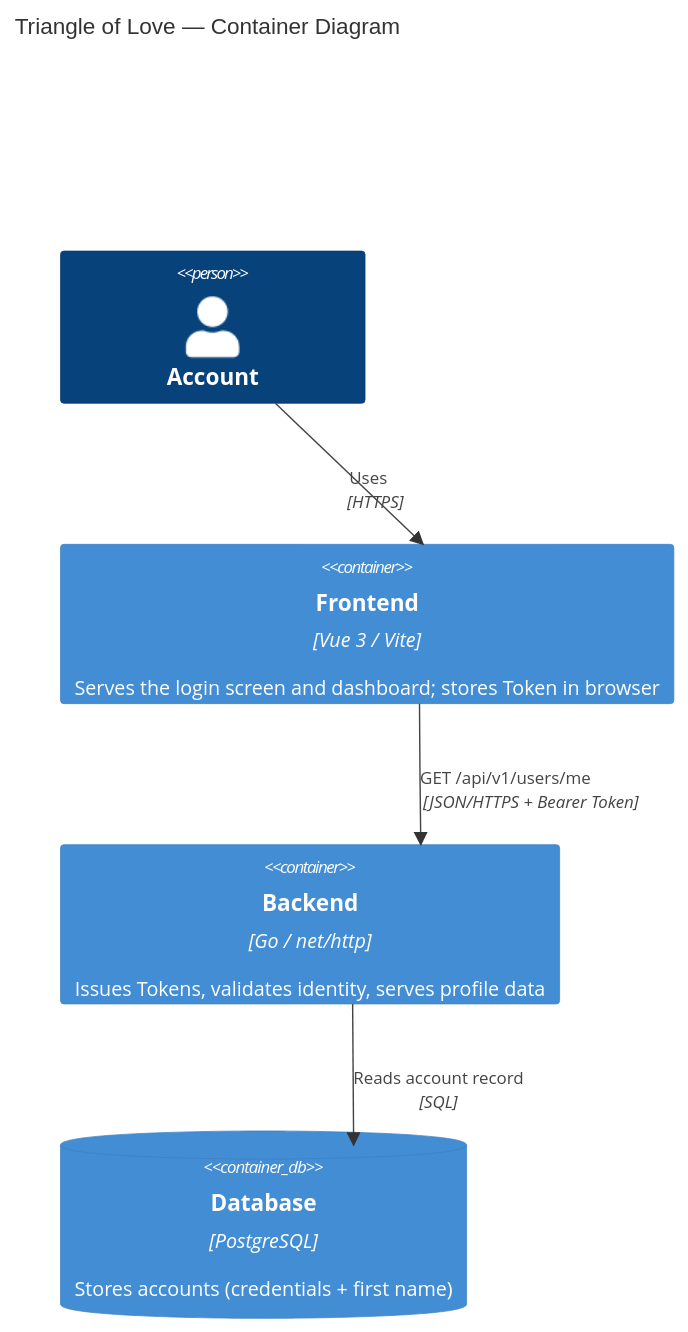
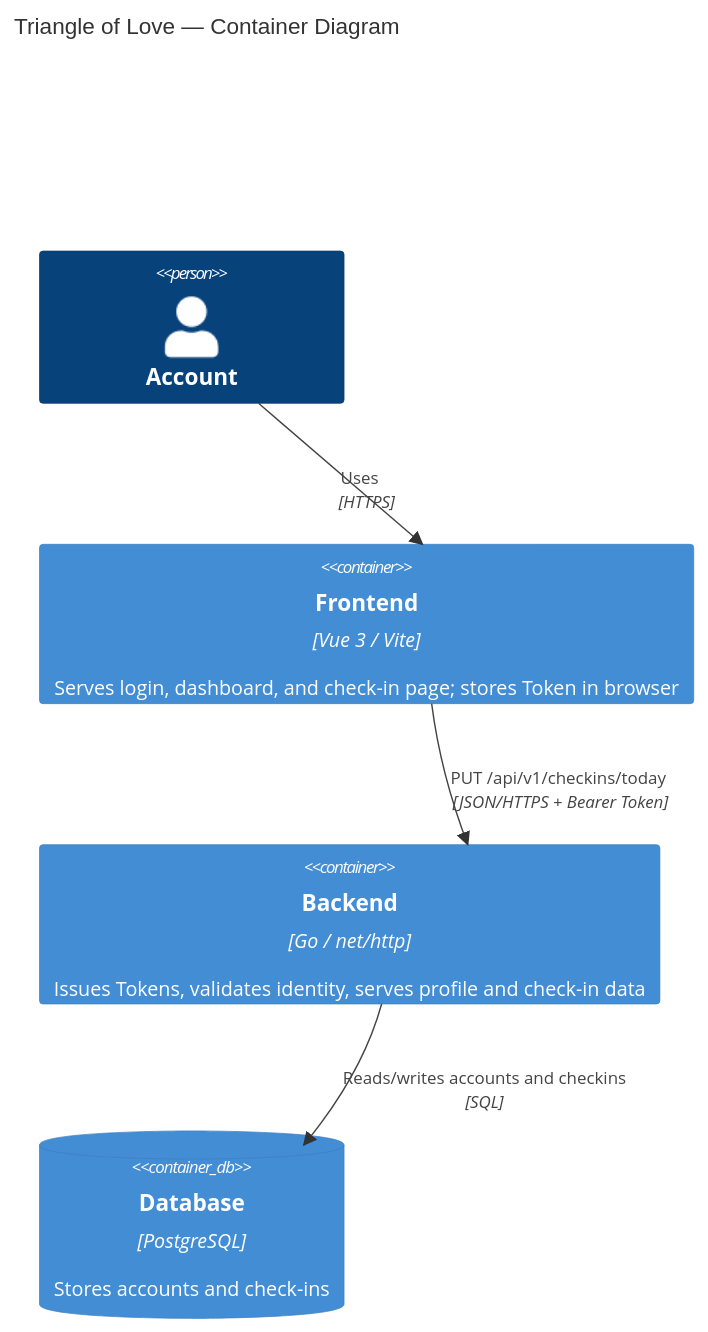
The second of 3 diagrams in docs/architecture.md (co0p/triangleoflove), drawn with Mermaid before and after one commit. The commit also changed other lines of this file and 19 other files, not shown here.

Commit message:
feat: daily check-in — record and load ratings and note for today

````diff
--- a/docs/architecture.md
+++ b/docs/architecture.md
@@ -15,12 +15,14 @@
 ```mermaid
 C4Container
     title Triangle of Love — Container Diagram
     Person(account, "Account")
-    Container(frontend, "Frontend", "Vue 3 / Vite", "Serves the login screen and dashboard; stores Token in browser")
-    Container(backend, "Backend", "Go / net/http", "Issues Tokens, validates identity, serves profile data")
-    ContainerDb(db, "Database", "PostgreSQL", "Stores accounts (credentials + first name)")
+    Container(frontend, "Frontend", "Vue 3 / Vite", "Serves login, dashboard, and check-in page; stores Token in browser")
+    Container(backend, "Backend", "Go / net/http", "Issues Tokens, validates identity, serves profile and check-in data")
+    ContainerDb(db, "Database", "PostgreSQL", "Stores accounts and check-ins")
     Rel(account, frontend, "Uses", "HTTPS")
     Rel(frontend, backend, "POST /api/v1/auth/login", "JSON/HTTPS")
     Rel(frontend, backend, "GET /api/v1/users/me", "JSON/HTTPS + Bearer Token")
-    Rel(backend, db, "Reads account record", "SQL")
+    Rel(frontend, backend, "GET /api/v1/checkins/today", "JSON/HTTPS + Bearer Token")
+    Rel(frontend, backend, "PUT /api/v1/checkins/today", "JSON/HTTPS + Bearer Token")
+    Rel(backend, db, "Reads/writes accounts and checkins", "SQL")
 ```
````
